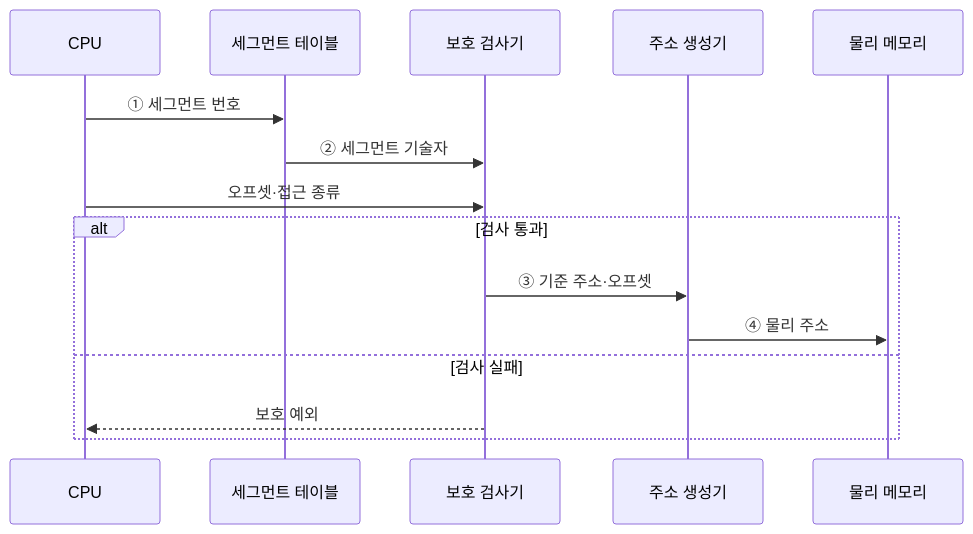
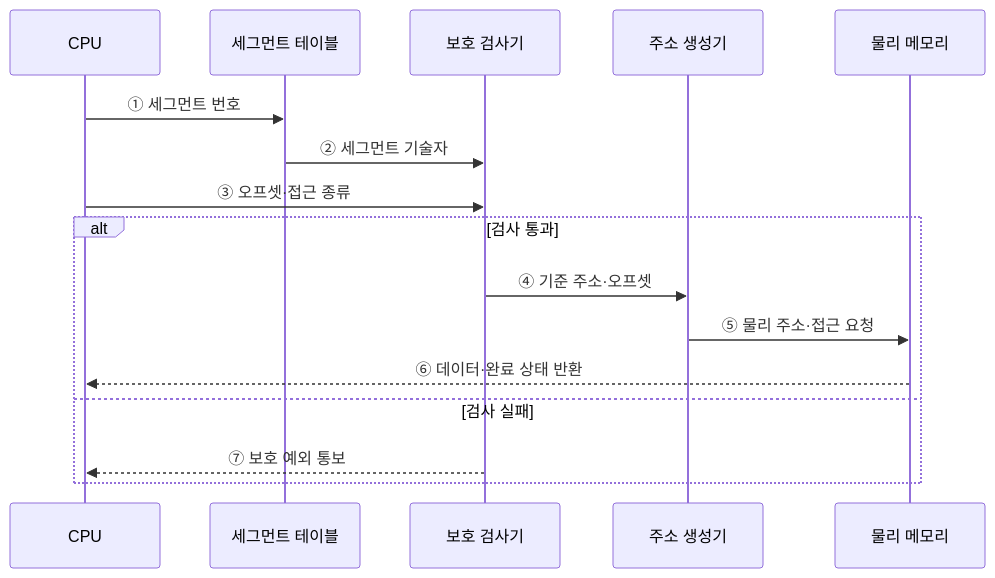
Before and after one commit to agnusdei1207/knowledge-base: the second of 2 diagrams in src/content/docs/notes/02-hardware/019_segmentation.md, drawn with Mermaid. The commit also changed other lines of this file and 20 other files, not shown here.

````diff
--- a/src/content/docs/notes/02-hardware/019_segmentation.md
+++ b/src/content/docs/notes/02-hardware/019_segmentation.md
@@ -81,17 +81,18 @@
 ```mermaid
 sequenceDiagram
     participant C as CPU
     participant T as 세그먼트 테이블
     participant P as 보호 검사기
     participant G as 주소 생성기
     participant M as 물리 메모리
     C->>T: ① 세그먼트 번호
     T->>P: ② 세그먼트 기술자
-    C->>P: 오프셋·접근 종류
+    C->>P: ③ 오프셋·접근 종류
     alt 검사 통과
-        P->>G: ③ 기준 주소·오프셋
-        G->>M: ④ 물리 주소
+        P->>G: ④ 기준 주소·오프셋
+        G->>M: ⑤ 물리 주소·접근 요청
+        M-->>C: ⑥ 데이터·완료 상태 반환
     else 검사 실패
-        P-->>C: 보호 예외
+        P-->>C: ⑦ 보호 예외 통보
     end
 ```
````
